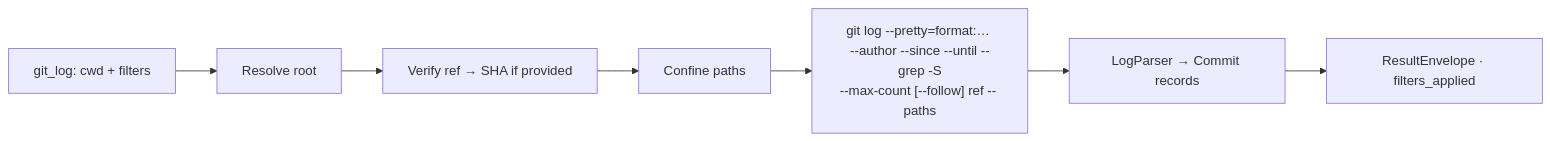
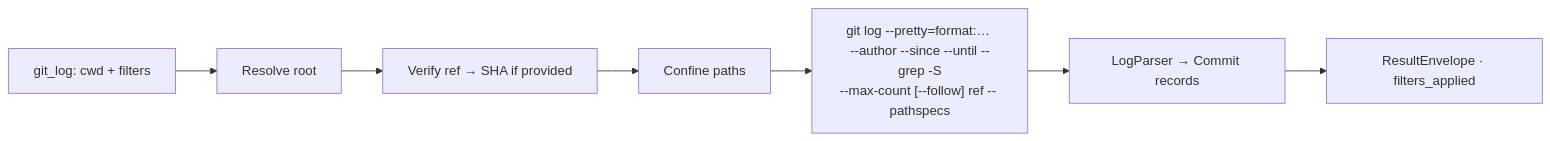
One commit to brenordv/mcp-toolset changed the fourth of 14 diagrams in src/RaccoonNinja.McpToolset.Server.GitOps/README.md. Above: the diagram before and after it, drawn with Mermaid. The commit also changed other lines of this file and 22 other files, not shown here.

````diff
--- a/src/RaccoonNinja.McpToolset.Server.GitOps/README.md
+++ b/src/RaccoonNinja.McpToolset.Server.GitOps/README.md
@@ -158,9 +158,9 @@
 ```mermaid
 flowchart LR
     A[git_log: cwd + filters] --> B[Resolve root]
     B --> C[Verify ref → SHA if provided]
     C --> D[Confine paths]
-    D --> E["git log --pretty=format:… <br/>--author --since --until --grep -S<br/>--max-count [--follow] ref -- paths"]
+    D --> E["git log --pretty=format:… <br/>--author --since --until --grep -S<br/>--max-count [--follow] ref -- pathspecs"]
     E --> F[LogParser → Commit records]
     F --> G[ResultEnvelope · filters_applied]
 ```
````
